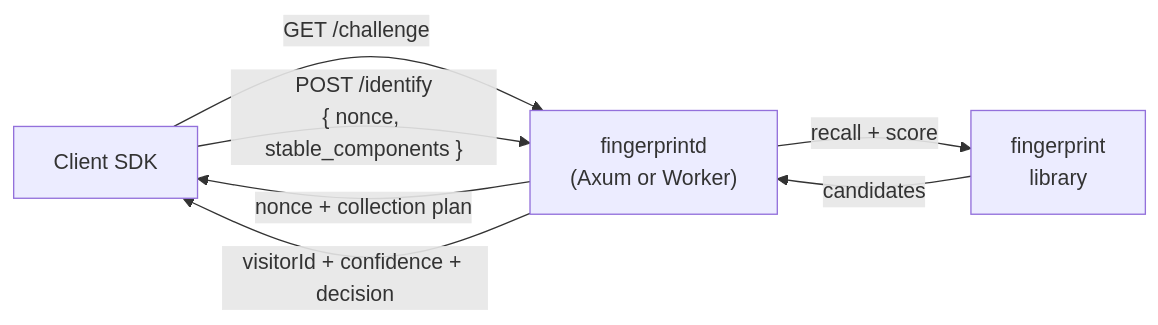
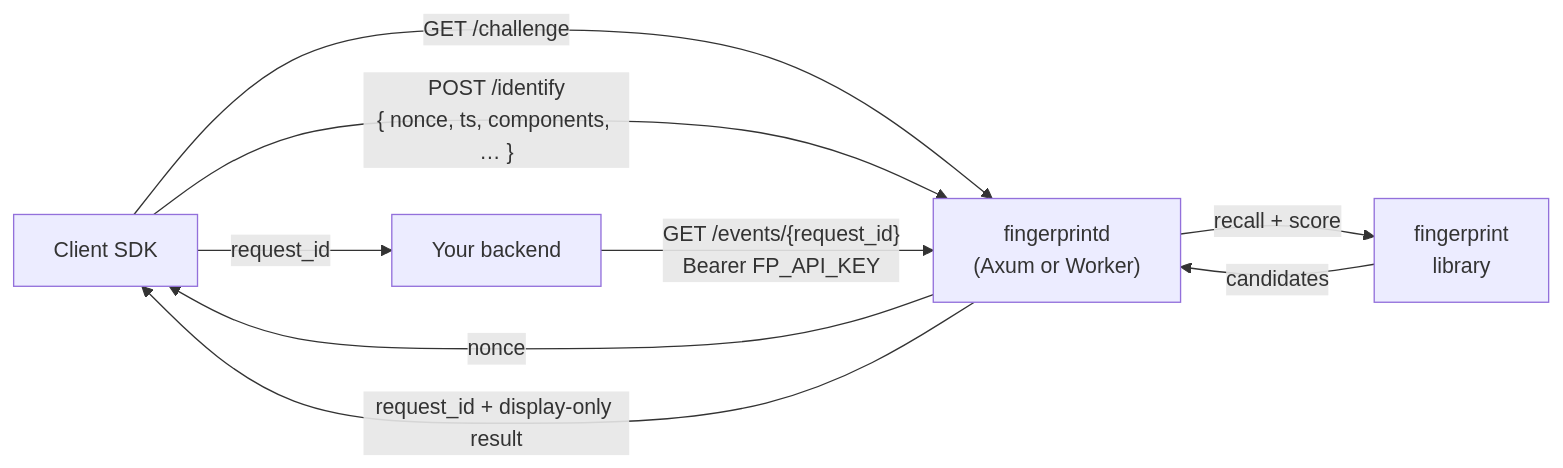
Before and after one commit to wuchendi/fingerprintd: the diagram in README.md, drawn with Mermaid. The commit also changed other lines of this file and 18 other files, not shown here.

````diff
--- a/README.md
+++ b/README.md
@@ -44,13 +47,16 @@
 ```mermaid
 flowchart LR
     C["Client SDK"]
     S["fingerprintd<br/>(Axum or Worker)"]
     L["fingerprint<br/>library"]
+    B["Your backend"]
 
     C -- "GET /challenge" --> S
-    S -- "nonce + collection plan" --> C
-    C -- "POST /identify<br/>{ nonce, stable_components }" --> S
+    S -- "nonce" --> C
+    C -- "POST /identify<br/>{ nonce, ts, components, … }" --> S
     S -- "recall + score" --> L
     L -- "candidates" --> S
-    S -- "visitorId + confidence + decision" --> C
+    S -- "request_id + display-only result" --> C
+    C -- "request_id" --> B
+    B -- "GET /events/{request_id}<br/>Bearer FP_API_KEY" --> S
 ```
````
